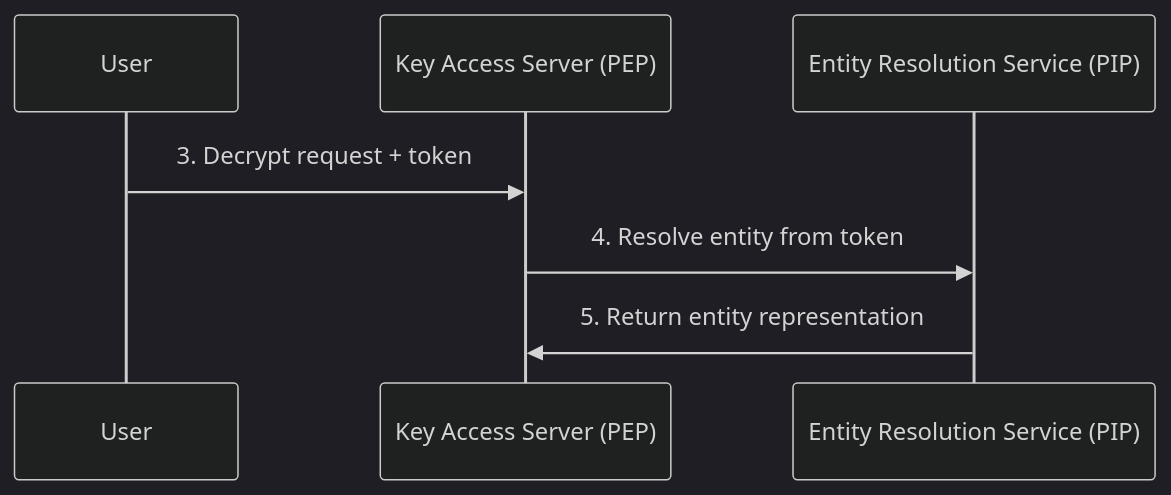
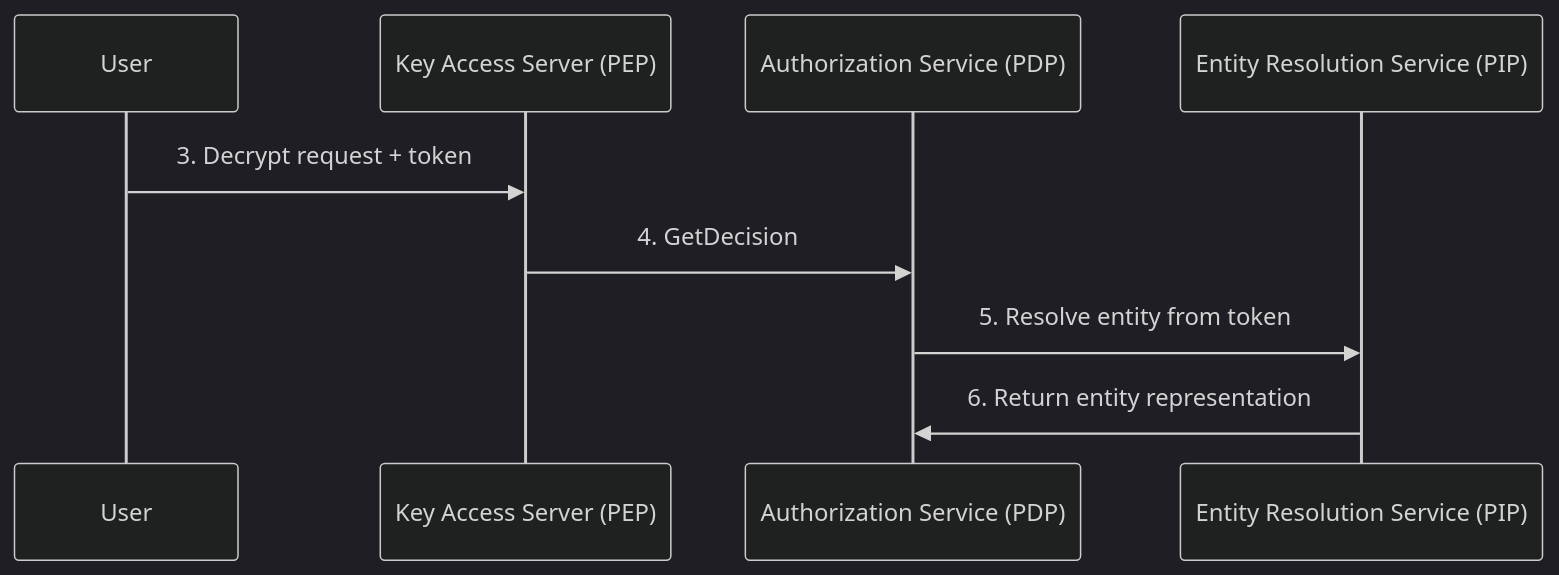
The third of 5 diagrams in docs/guides/subject-mapping-guide.md (opentdf/docs), drawn with Mermaid (dark theme) before and after one commit. The commit also changed other lines of this file, not shown here.

````diff
--- a/docs/guides/subject-mapping-guide.md
+++ b/docs/guides/subject-mapping-guide.md
@@ -130,10 +129,12 @@
 ```mermaid
 sequenceDiagram
     participant User
     participant KAS as Key Access Server (PEP)
+    participant Auth as Authorization Service (PDP)
     participant ERS as Entity Resolution Service (PIP)
 
     User->>KAS: 3. Decrypt request + token
-    KAS->>ERS: 4. Resolve entity from token
-    ERS->>KAS: 5. Return entity representation
+    KAS->>Auth: 4. GetDecision
+    Auth->>ERS: 5. Resolve entity from token
+    ERS->>Auth: 6. Return entity representation
 ```
````
